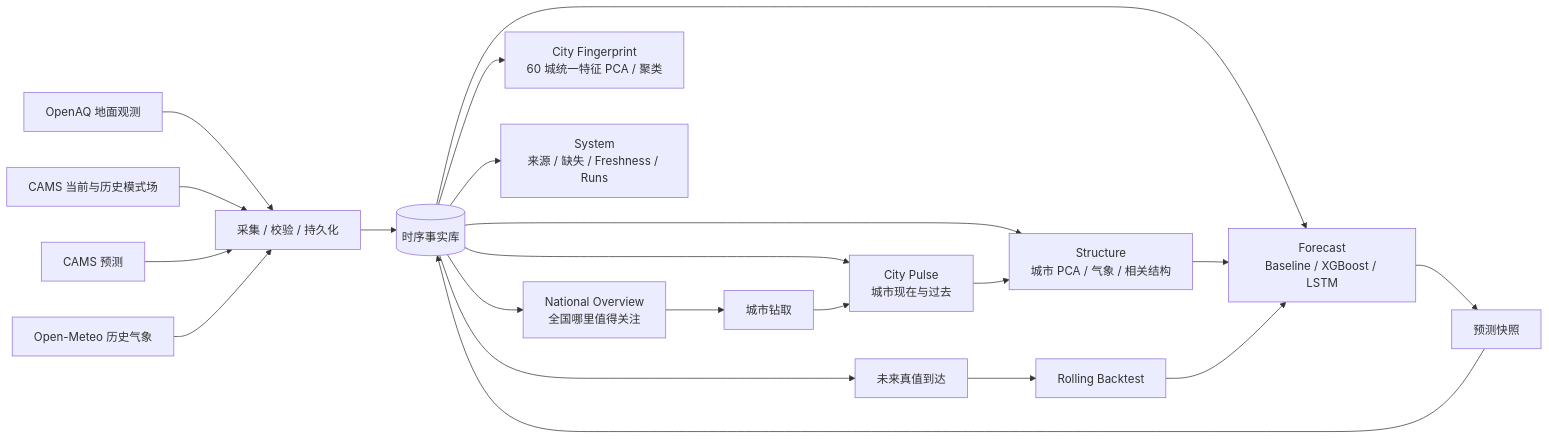
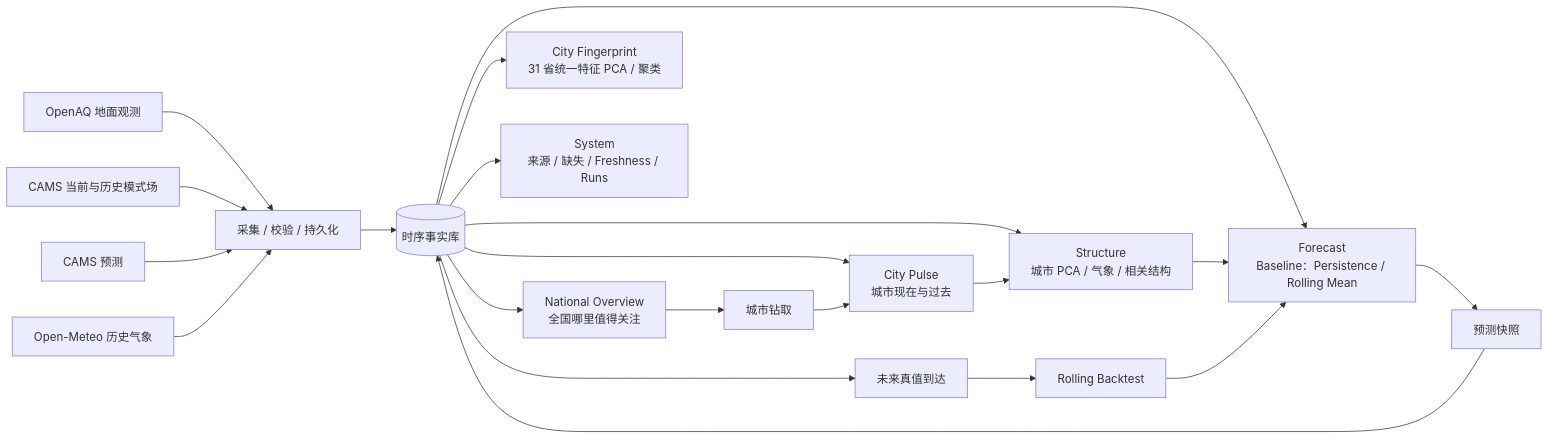
One commit to rippleshe/AirObservatory changed the first of 2 diagrams in ARCHITECTURE.md. Above: the diagram before and after it, drawn with Mermaid. The commit also changed other lines of this file and 3 other files, not shown here.

````diff
--- a/ARCHITECTURE.md
+++ b/ARCHITECTURE.md
@@ -5,28 +5,28 @@
 ```mermaid
 flowchart LR
     A[OpenAQ 地面观测] --> D[采集 / 校验 / 持久化]
     B[CAMS 当前与历史模式场] --> D
     C[CAMS 预测] --> D
     W[Open-Meteo 历史气象] --> D
 
     D --> E[(时序事实库)]
 
     E --> N[National Overview<br/>全国哪里值得关注]
     E --> P[City Pulse<br/>城市现在与过去]
     E --> S[Structure<br/>城市 PCA / 气象 / 相关结构]
-    E --> G[City Fingerprint<br/>60 城统一特征 PCA / 聚类]
-    E --> F[Forecast<br/>Baseline / XGBoost / LSTM]
+    E --> G[City Fingerprint<br/>31 省统一特征 PCA / 聚类]
+    E --> F[Forecast<br/>Baseline：Persistence / Rolling Mean]
 
     F --> Q[预测快照]
     Q --> E
     E --> T[未来真值到达]
     T --> R[Rolling Backtest]
 
     N --> U[城市钻取]
     U --> P
     P --> S
     S --> F
     R --> F
 
     E --> Y[System<br/>来源 / 缺失 / Freshness / Runs]
 ```
````
